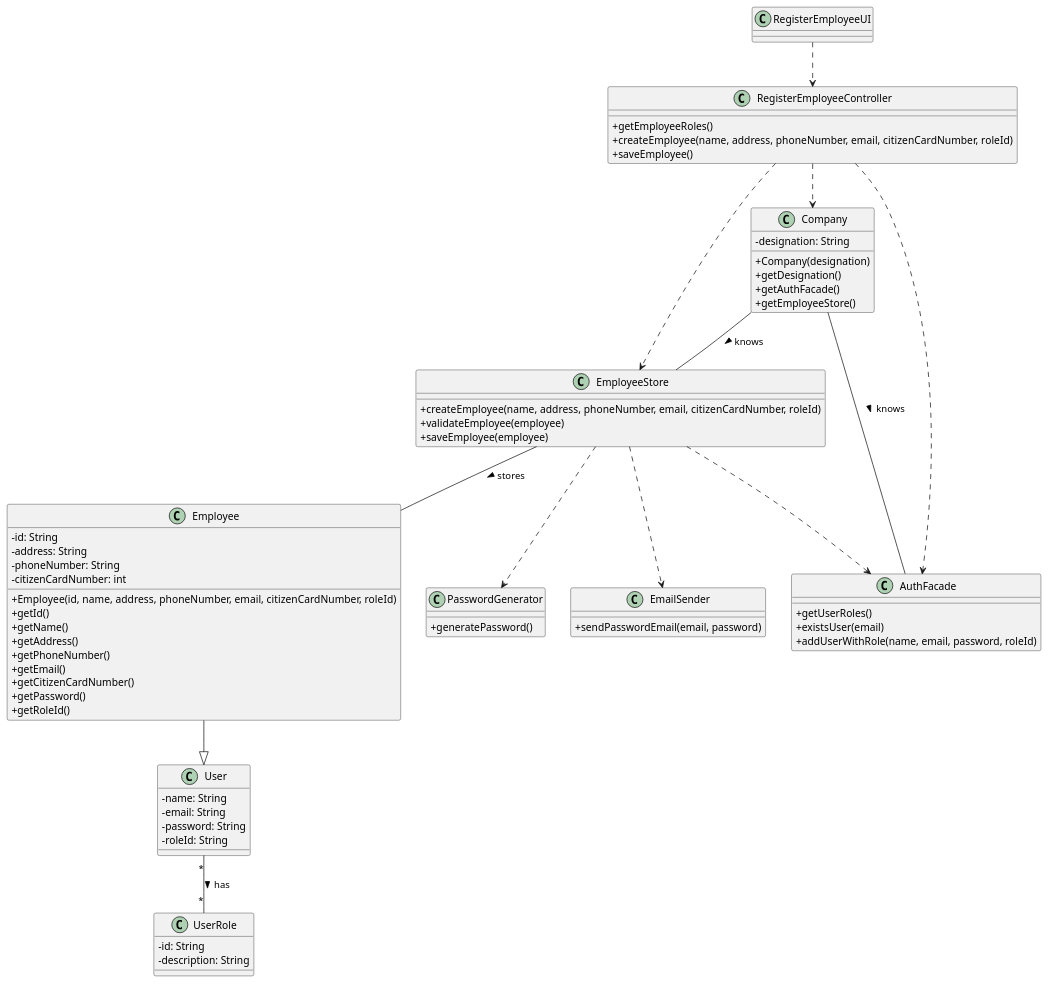
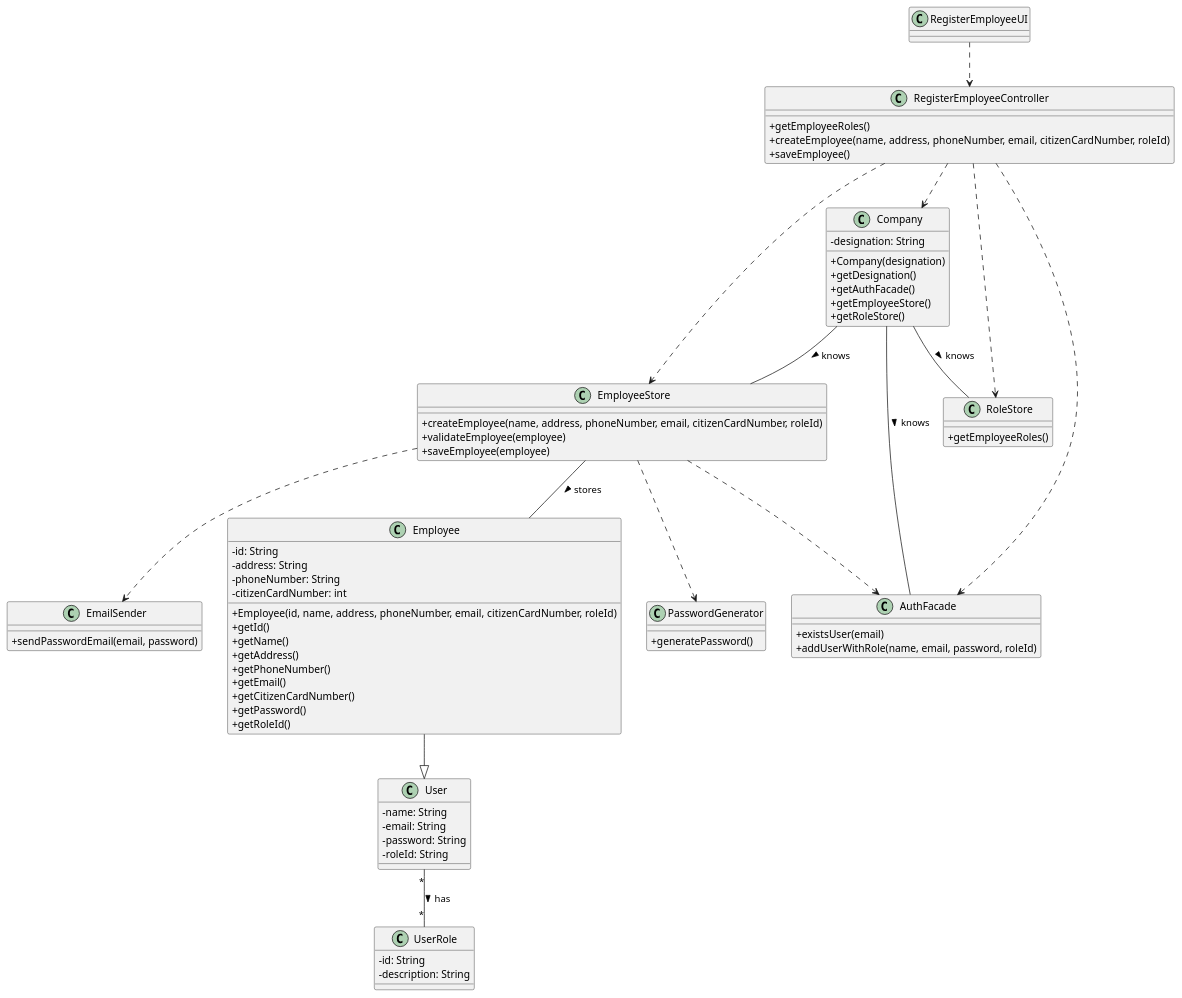
Before and after one commit to miseEnPlace-i/lapr2: the diagram in docs/SprintB/US10/CD/US10_CD.puml, drawn with PlantUML.

Commit message:
docs(us-10): updated cd - added role store

```diff
--- a/docs/SprintB/US10/CD/US10_CD.puml
+++ b/docs/SprintB/US10/CD/US10_CD.puml
@@ -1,87 +1,93 @@
 @startuml US10_CD
 skinparam classAttributeIconSize 0
 
 class RegisterEmployeeUI {
 }
 
 class RegisterEmployeeController {
   +getEmployeeRoles()
   +createEmployee(name, address, phoneNumber, email, citizenCardNumber, roleId)
   +saveEmployee()
 }
 
 class Company {
   -designation: String
   +Company(designation)
   +getDesignation()
   +getAuthFacade()
   +getEmployeeStore()
+  +getRoleStore()
 }
 
 class EmployeeStore {
   +createEmployee(name, address, phoneNumber, email, citizenCardNumber, roleId)
   +validateEmployee(employee)
   +saveEmployee(employee)
 }
 
 class Employee {
   -id: String
   -address: String
   -phoneNumber: String
   -citizenCardNumber: int
   +Employee(id, name, address, phoneNumber, email, citizenCardNumber, roleId)
   +getId()
   +getName()
   +getAddress()
   +getPhoneNumber()
   +getEmail()
   +getCitizenCardNumber()
   +getPassword()
   +getRoleId()
 }
 
+class RoleStore {
+  +getEmployeeRoles()
+}
+
 class AuthFacade {
-  +getUserRoles()
   +existsUser(email)
   +addUserWithRole(name, email, password, roleId)
 }
 
 class PasswordGenerator {
   +generatePassword()
 }
 
 class EmailSender {
   +sendPasswordEmail(email, password)
 }
 
 class User {
   -name: String
   -email: String
   -password: String
   -roleId: String
 }
 
 class UserRole {
   -id: String
   -description: String
 }
 
 RegisterEmployeeUI ..> RegisterEmployeeController
 
 RegisterEmployeeController ..> EmployeeStore
 RegisterEmployeeController ..> Company
 RegisterEmployeeController ..> AuthFacade
+RegisterEmployeeController ..> RoleStore
 
 EmployeeStore ..> AuthFacade
 EmployeeStore ..> PasswordGenerator
 EmployeeStore ..> EmailSender
 EmployeeStore -- Employee : stores >
 
 Company -- AuthFacade : knows >
 Company -- EmployeeStore : knows >
+Company -- RoleStore : knows >
 
 Employee --|> User
 
 User "*" -- "*" UserRole : has >
 
 @enduml
```
